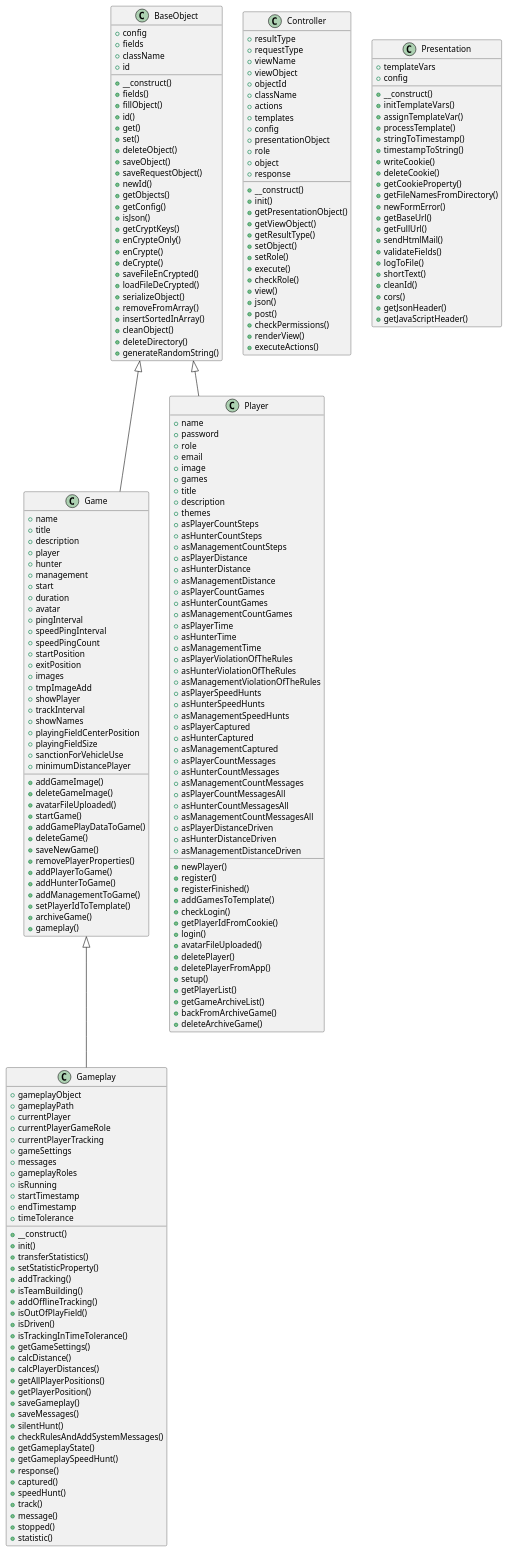
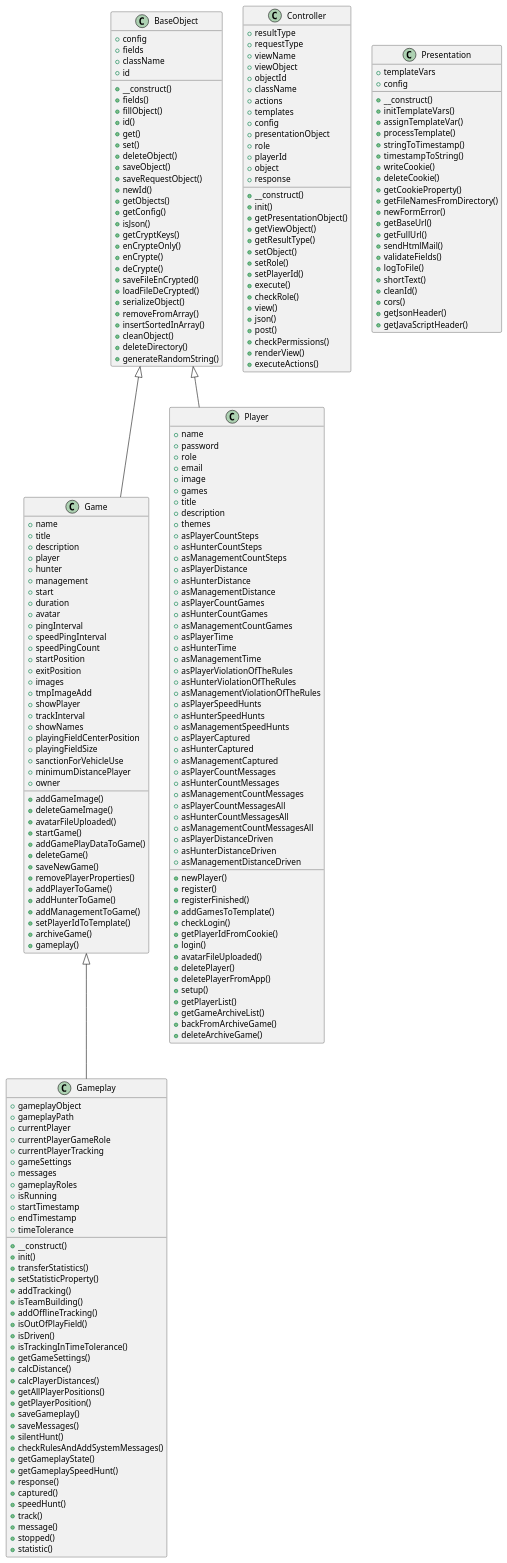
One commit to septem-sensu/friendshunt changed the diagram in includes/docs/php/graphs/classes.puml. Above: the diagram before and after it, drawn with PlantUML. The commit also changed 35 other files, not shown here.

```diff
--- a/includes/docs/php/graphs/classes.puml
+++ b/includes/docs/php/graphs/classes.puml
@@ -44,6 +44,7 @@
   +config
   +presentationObject
   +role
+  +playerId
   +object
   +response
   +__construct()
@@ -53,6 +54,7 @@
   +getResultType()
   +setObject()
   +setRole()
+  +setPlayerId()
   +execute()
   +checkRole()
   +view()
@@ -87,6 +89,7 @@
   +playingFieldSize
   +sanctionForVehicleUse
   +minimumDistancePlayer
+  +owner
   +addGameImage()
   +deleteGameImage()
   +avatarFileUploaded()
```
